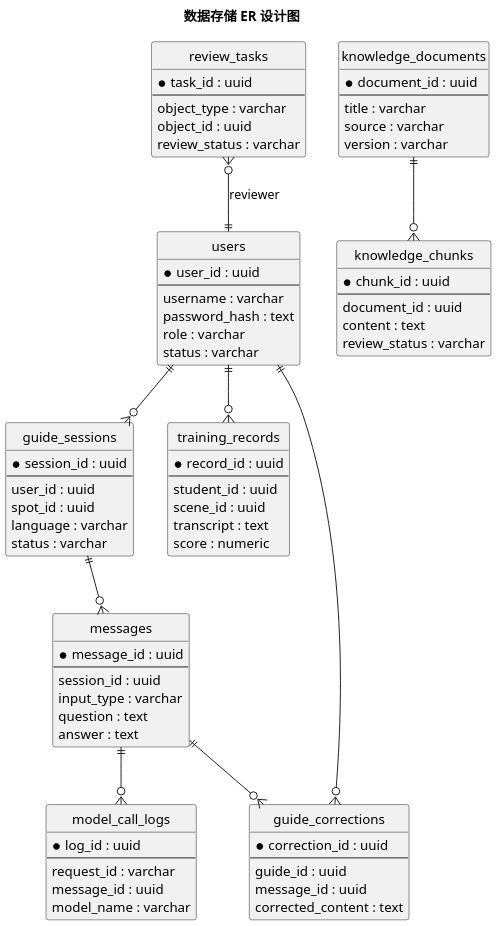
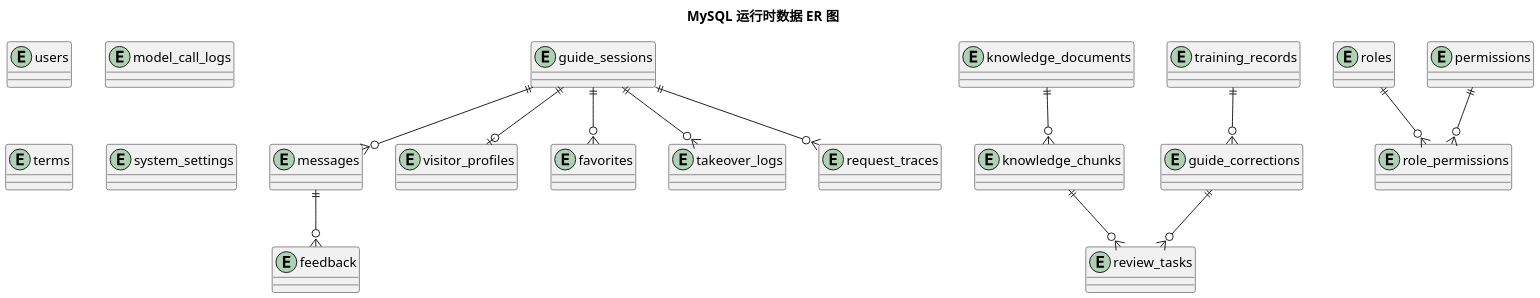
One commit to Unk1ndledAC/linguaspace changed the diagram in docs/文档/figures/design-data-storage-er.puml. Above: the diagram before and after it, drawn with PlantUML. The commit also changed 80 other files, not shown here.

```diff
--- a/docs/文档/figures/design-data-storage-er.puml
+++ b/docs/文档/figures/design-data-storage-er.puml
@@ -1,83 +1,38 @@
 @startuml
 skinparam dpi 160
 skinparam shadowing false
-hide circle
-title 数据存储 ER 设计图
+title MySQL 运行时数据 ER 图
 
-entity "users" as users {
-  * user_id : uuid
-  --
-  username : varchar
-  password_hash : text
-  role : varchar
-  status : varchar
-}
-entity "guide_sessions" as sessions {
-  * session_id : uuid
-  --
-  user_id : uuid
-  spot_id : uuid
-  language : varchar
-  status : varchar
-}
-entity "messages" as messages {
-  * message_id : uuid
-  --
-  session_id : uuid
-  input_type : varchar
-  question : text
-  answer : text
-}
-entity "knowledge_documents" as docs {
-  * document_id : uuid
-  --
-  title : varchar
-  source : varchar
-  version : varchar
-}
-entity "knowledge_chunks" as chunks {
-  * chunk_id : uuid
-  --
-  document_id : uuid
-  content : text
-  review_status : varchar
-}
-entity "training_records" as records {
-  * record_id : uuid
-  --
-  student_id : uuid
-  scene_id : uuid
-  transcript : text
-  score : numeric
-}
-entity "guide_corrections" as corrections {
-  * correction_id : uuid
-  --
-  guide_id : uuid
-  message_id : uuid
-  corrected_content : text
-}
-entity "review_tasks" as reviews {
-  * task_id : uuid
-  --
-  object_type : varchar
-  object_id : uuid
-  review_status : varchar
-}
-entity "model_call_logs" as logs {
-  * log_id : uuid
-  --
-  request_id : varchar
-  message_id : uuid
-  model_name : varchar
-}
+entity users
+entity guide_sessions
+entity messages
+entity visitor_profiles
+entity favorites
+entity takeover_logs
+entity model_call_logs
+entity request_traces
+entity knowledge_documents
+entity knowledge_chunks
+entity review_tasks
+entity terms
+entity training_records
+entity guide_corrections
+entity feedback
+entity roles
+entity permissions
+entity role_permissions
+entity system_settings
 
-users ||--o{ sessions
-sessions ||--o{ messages
-docs ||--o{ chunks
-users ||--o{ records
-users ||--o{ corrections
-messages ||--o{ corrections
-messages ||--o{ logs
-reviews }o--|| users : reviewer
+guide_sessions ||--o{ messages
+guide_sessions ||--o| visitor_profiles
+guide_sessions ||--o{ favorites
+guide_sessions ||--o{ takeover_logs
+guide_sessions ||--o{ request_traces
+knowledge_documents ||--o{ knowledge_chunks
+knowledge_chunks ||--o{ review_tasks
+training_records ||--o{ guide_corrections
+guide_corrections ||--o{ review_tasks
+messages ||--o{ feedback
+roles ||--o{ role_permissions
+permissions ||--o{ role_permissions
 @enduml
```
